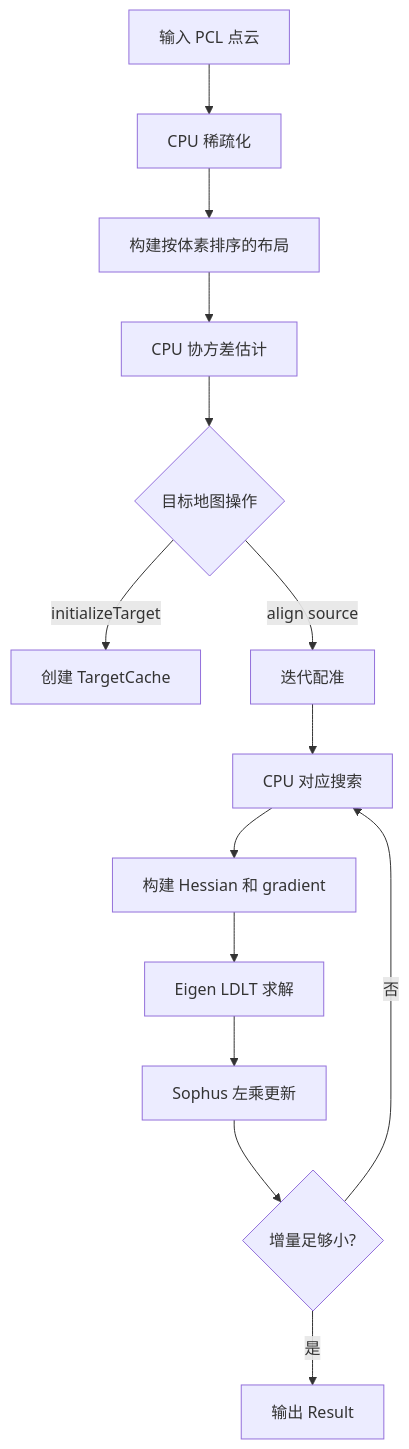
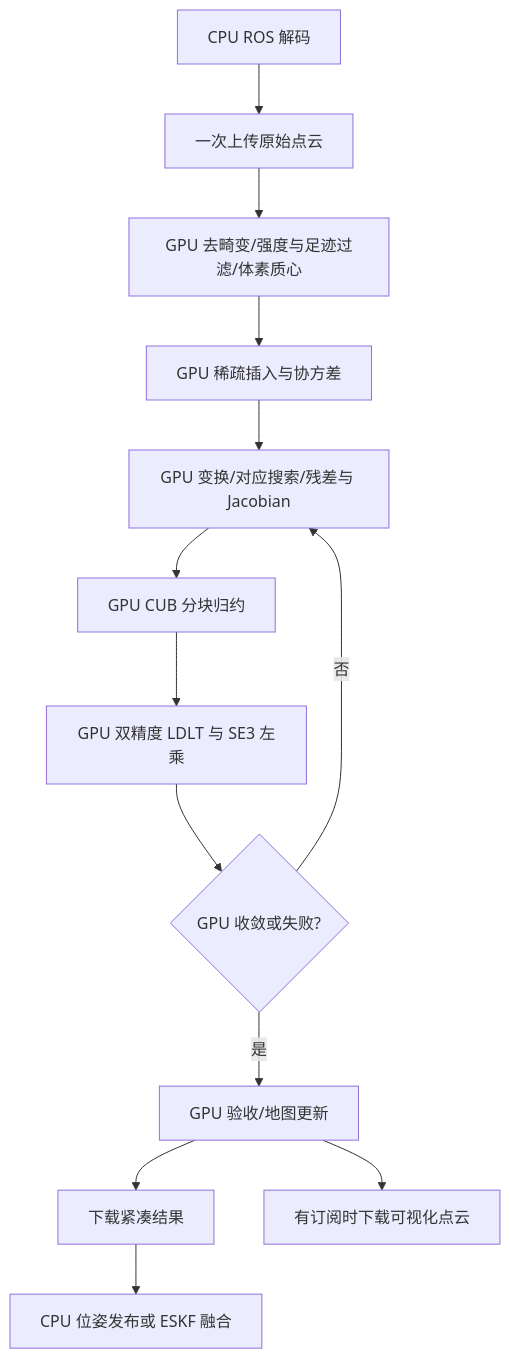
The diagram in docs/SparsityAwareGICP_algorithm.md (AventLone/FAR-LIO-CUDA), drawn with Mermaid before and after one commit. The commit also changed other lines of this file and 318 other files, not shown here.

````diff
--- a/docs/SparsityAwareGICP_algorithm.md
+++ b/docs/SparsityAwareGICP_algorithm.md
@@ -94,16 +97,15 @@
 ```mermaid
 flowchart TD
-    A[输入 PCL 点云] --> B[CPU 稀疏化]
-    B --> C[构建按体素排序的布局]
-    C --> D[CPU 协方差估计]
-    D --> E{目标地图操作}
-    E -->|initializeTarget| F[创建 TargetCache]
-    E -->|align source| G[迭代配准]
-    G --> H[CPU 对应搜索]
-    H --> I[构建 Hessian 和 gradient]
-    I --> J[Eigen LDLT 求解]
-    J --> K[Sophus 左乘更新]
-    K --> L{增量足够小?}
-    L -->|否| H
-    L -->|是| M[输出 Result]
+    A[CPU ROS 解码] --> B[一次上传原始点云]
+    B --> C[GPU 去畸变/强度与足迹过滤/体素质心]
+    C --> D[GPU 稀疏插入与协方差]
+    D --> E[GPU 变换/对应搜索/残差与 Jacobian]
+    E --> F[GPU CUB 分块归约]
+    F --> G[GPU 双精度 LDLT 与 SE3 左乘]
+    G --> H{GPU 收敛或失败?}
+    H -->|否| E
+    H -->|是| I[GPU 验收/地图更新]
+    I --> J[下载紧凑结果]
+    I --> K[有订阅时下载可视化点云]
+    J --> L[CPU 位姿发布或 ESKF 融合]
 ```
````
